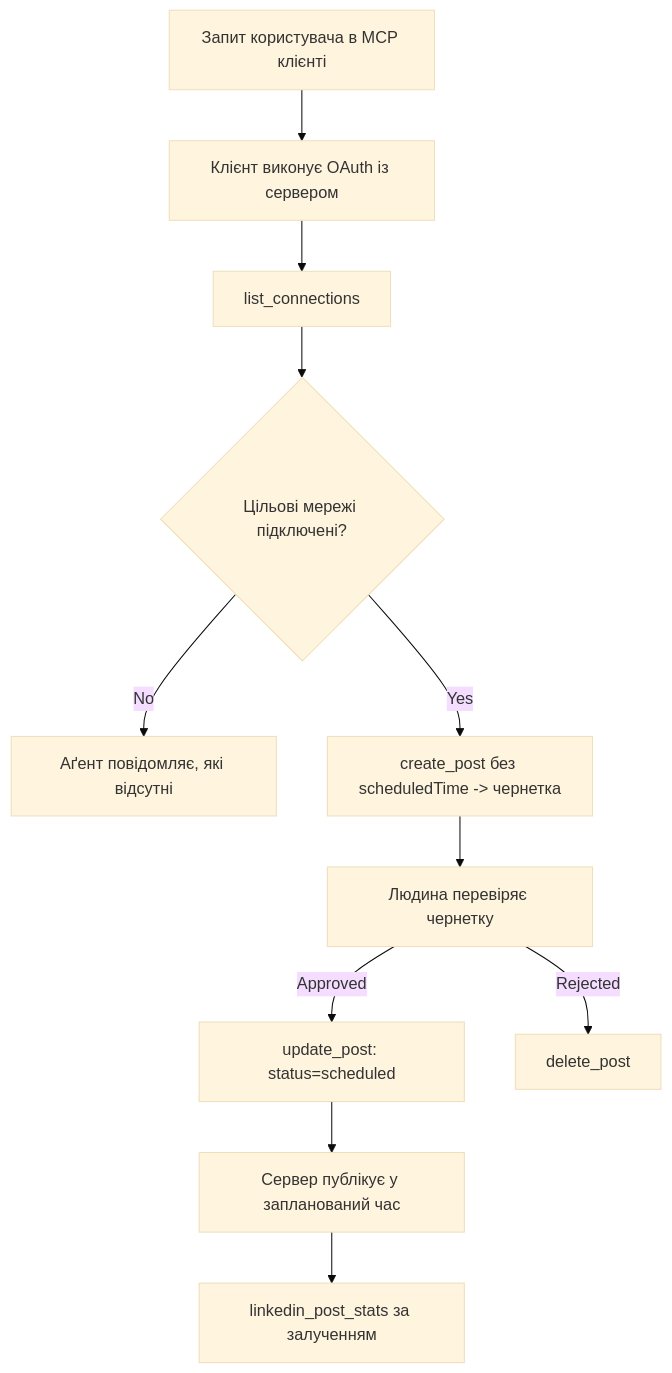
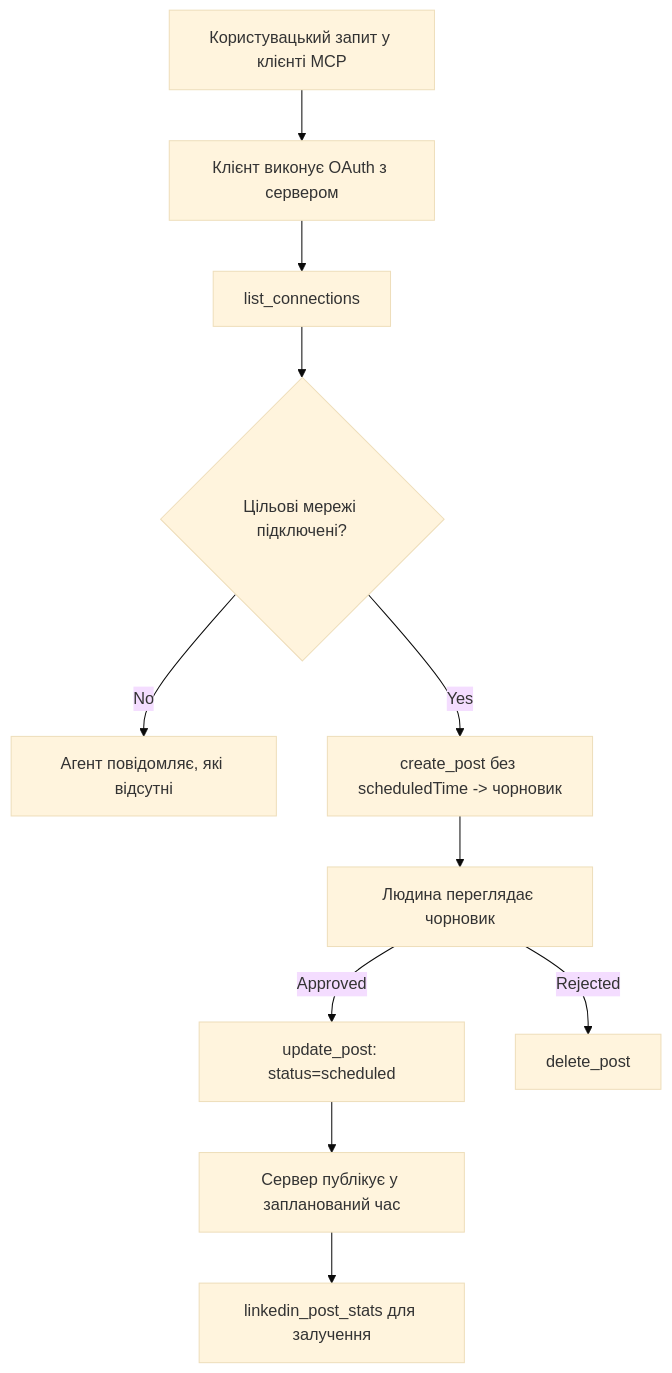
The diagram in translations/uk/09-CaseStudy/publora-social-publishing.md (microsoft/mcp-for-beginners), drawn with Mermaid (base theme) before and after one commit. The commit also changed other lines of this file and 132 other files, not shown here.

````diff
--- a/translations/uk/09-CaseStudy/publora-social-publishing.md
+++ b/translations/uk/09-CaseStudy/publora-social-publishing.md
@@ -47,13 +47,13 @@
 ```mermaid
 flowchart TD
-    A[Запит користувача в MCP клієнті] --> B[Клієнт виконує OAuth із сервером]
+    A[Користувацький запит у клієнті MCP] --> B[Клієнт виконує OAuth з сервером]
     B --> C[list_connections]
     C --> D{Цільові мережі підключені?}
-    D -- No --> E[Аґент повідомляє, які відсутні]
-    D -- Yes --> F[create_post без scheduledTime -> чернетка]
-    F --> G[Людина перевіряє чернетку]
+    D -- No --> E[Агент повідомляє, які відсутні]
+    D -- Yes --> F[create_post без scheduledTime -> чорновик]
+    F --> G[Людина переглядає чорновик]
     G -- Approved --> H[update_post: status=scheduled]
     G -- Rejected --> I[delete_post]
     H --> J[Сервер публікує у запланований час]
-    J --> K[linkedin_post_stats за залученням]
+    J --> K[linkedin_post_stats для залучення]
 ```
````
